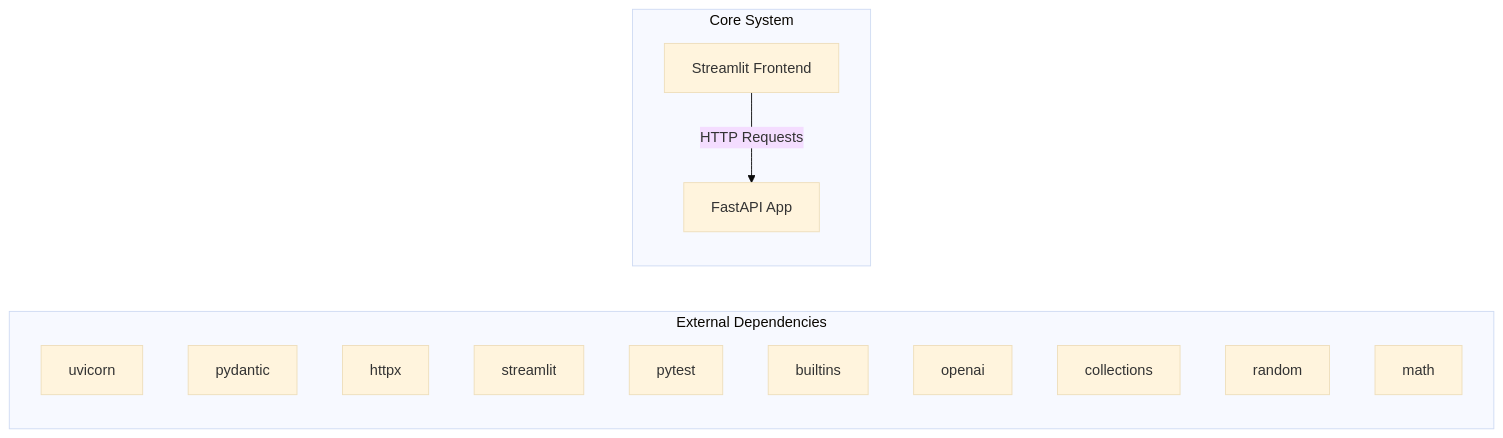
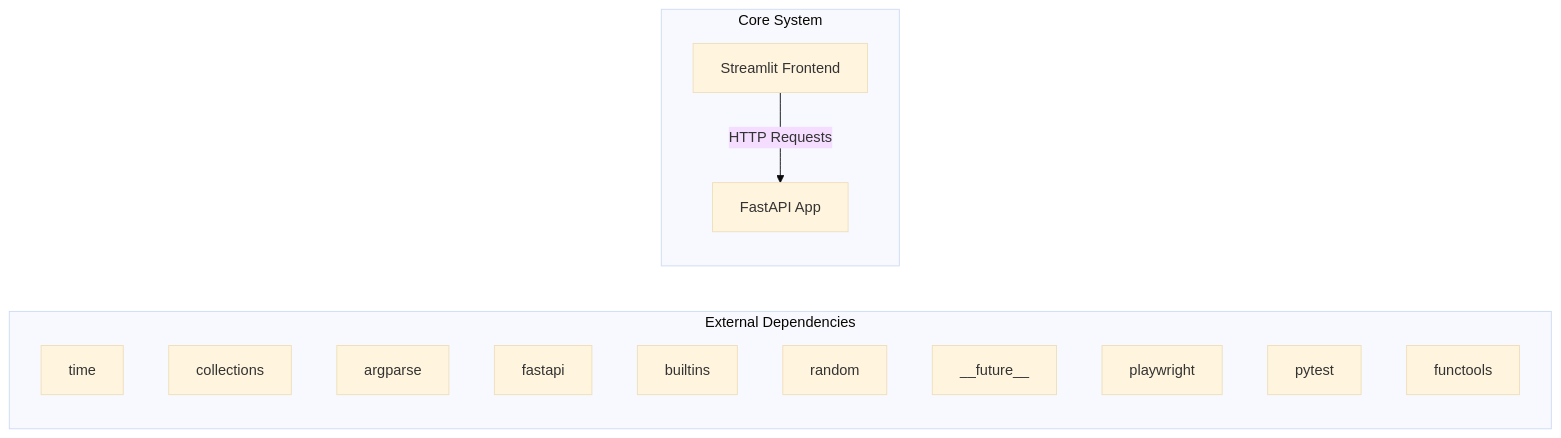
The first of 2 diagrams in docs/architecture.md (NITISH-R-G/rag-context-optimizer), drawn with Mermaid (base theme) before and after one commit. The commit also changed 1 other file, not shown here.

Commit message:
docs: auto-update repository knowledge, architecture diagrams, and documentation

````diff
--- a/docs/architecture.md
+++ b/docs/architecture.md
@@ -7,20 +7,20 @@
 ```mermaid
 graph LR
     subgraph External Dependencies
-        E0["uvicorn"]
-        E1["pydantic"]
-        E2["httpx"]
-        E3["streamlit"]
-        E4["pytest"]
-        E5["builtins"]
-        E6["openai"]
-        E7["collections"]
-        E8["random"]
-        E9["math"]
+        E0["time"]
+        E1["collections"]
+        E2["argparse"]
+        E3["fastapi"]
+        E4["builtins"]
+        E5["random"]
+        E6["__future__"]
+        E7["playwright"]
+        E8["pytest"]
+        E9["functools"]
     end
     subgraph Core System
         API["FastAPI App"]
         UI["Streamlit Frontend"]
     end
     UI -->|HTTP Requests| API
 ```
````
